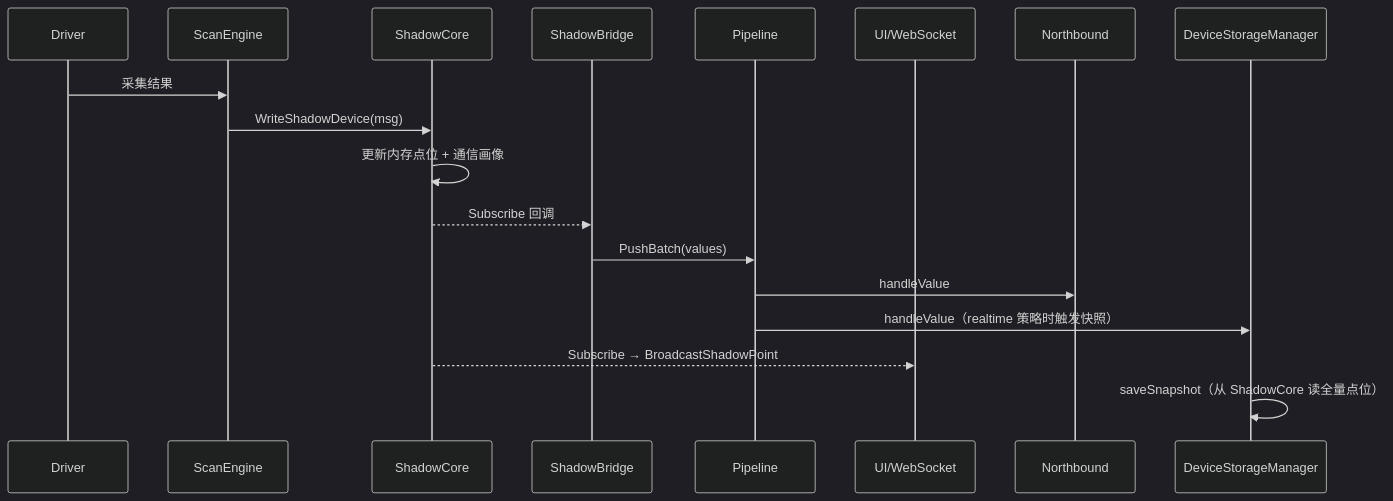
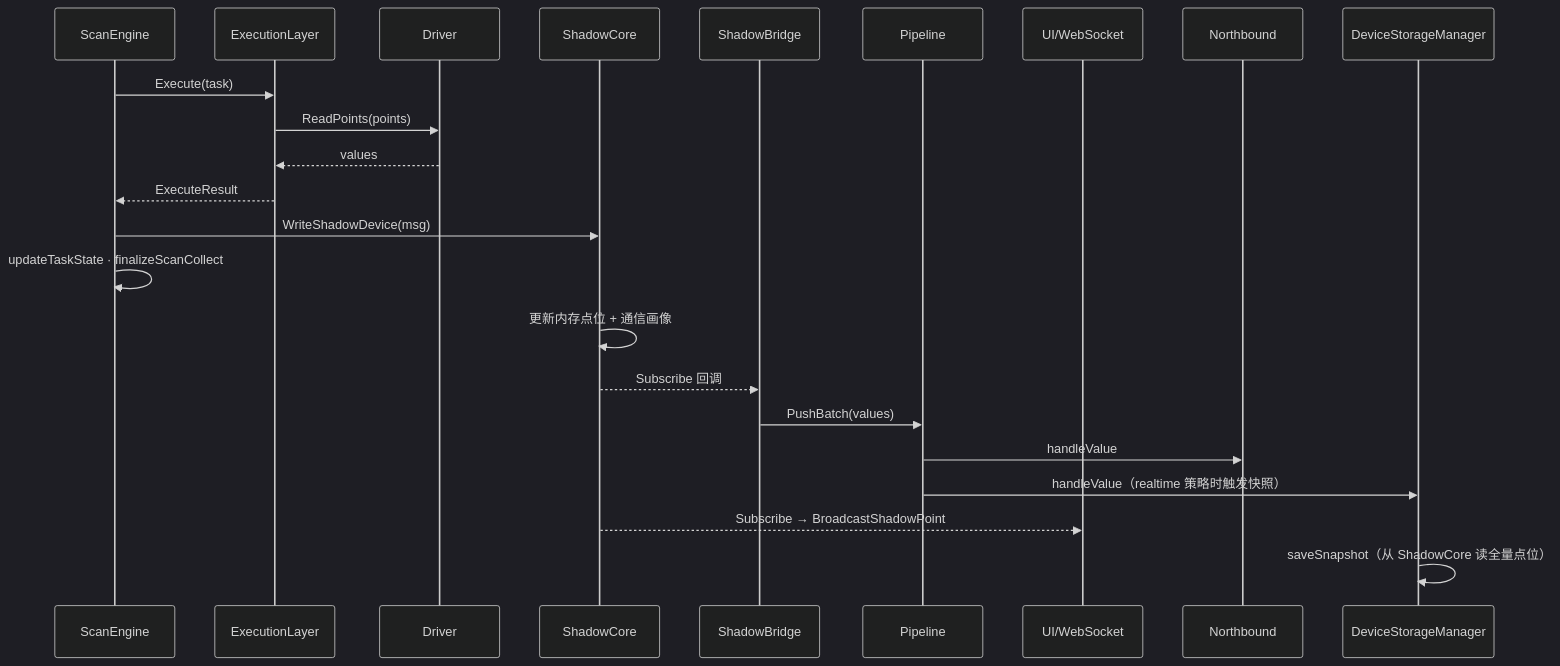
Before and after one commit to anviod/edgex: the diagram in docs/edge/6. 影子设备设计.md, drawn with Mermaid (dark theme). The commit also changed other lines of this file and 92 other files, not shown here.

````diff
--- a/docs/edge/6. 影子设备设计.md
+++ b/docs/edge/6. 影子设备设计.md
@@ -68,21 +68,26 @@
 ```mermaid
 sequenceDiagram
-    participant Driver
-    participant ScanEngine
-    participant ShadowCore
-    participant ShadowBridge
-    participant Pipeline
+    participant SE as ScanEngine
+    participant EL as ExecutionLayer
+    participant DRV as Driver
+    participant SC as ShadowCore
+    participant SB as ShadowBridge
+    participant PL as Pipeline
     participant UI as UI/WebSocket
     participant NB as Northbound
     participant Hist as DeviceStorageManager
 
-    Driver->>ScanEngine: 采集结果
-    ScanEngine->>ShadowCore: WriteShadowDevice(msg)
-    ShadowCore->>ShadowCore: 更新内存点位 + 通信画像
-    ShadowCore-->>ShadowBridge: Subscribe 回调
-    ShadowBridge->>Pipeline: PushBatch(values)
-    Pipeline->>NB: handleValue
-    Pipeline->>Hist: handleValue（realtime 策略时触发快照）
-    ShadowCore-->>UI: Subscribe → BroadcastShadowPoint
+    SE->>EL: Execute(task)
+    EL->>DRV: ReadPoints(points)
+    DRV-->>EL: values
+    EL-->>SE: ExecuteResult
+    SE->>SC: WriteShadowDevice(msg)
+    SE->>SE: updateTaskState · finalizeScanCollect
+    SC->>SC: 更新内存点位 + 通信画像
+    SC-->>SB: Subscribe 回调
+    SB->>PL: PushBatch(values)
+    PL->>NB: handleValue
+    PL->>Hist: handleValue（realtime 策略时触发快照）
+    SC-->>UI: Subscribe → BroadcastShadowPoint
     Hist->>Hist: saveSnapshot（从 ShadowCore 读全量点位）
 ```
````
